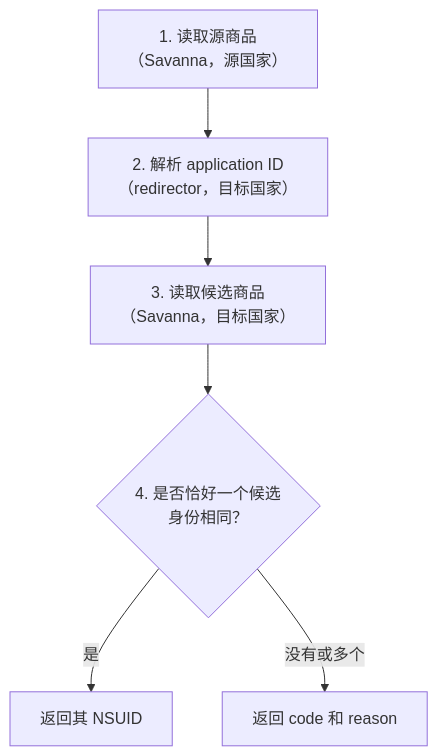
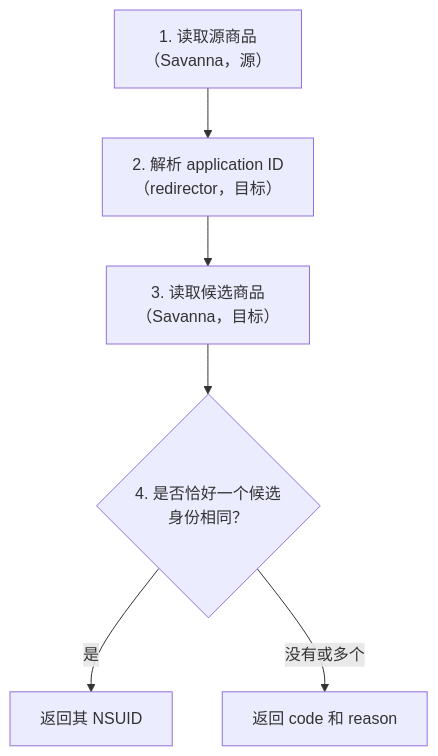
Before and after one commit to maixiang-sh/nsuid-mapper: the diagram in docs/how-it-works.zh-CN.md, drawn with Mermaid. The commit also changed other lines of this file and 6 other files, not shown here.

````diff
--- a/docs/how-it-works.zh-CN.md
+++ b/docs/how-it-works.zh-CN.md
@@ -68,8 +68,8 @@
 ```mermaid
 flowchart TD
-    A["1. 读取源商品<br>（Savanna，源国家）"] --> B["2. 解析 application ID<br>（redirector，目标国家）"]
-    B --> C["3. 读取候选商品<br>（Savanna，目标国家）"]
+    A["1. 读取源商品<br>（Savanna，源）"] --> B["2. 解析 application ID<br>（redirector，目标）"]
+    B --> C["3. 读取候选商品<br>（Savanna，目标）"]
     C --> D{"4. 是否恰好一个候选<br>身份相同？"}
     D -- 是 --> E[返回其 NSUID]
     D -- "没有或多个" --> F[返回 code 和 reason]
 ```
````
